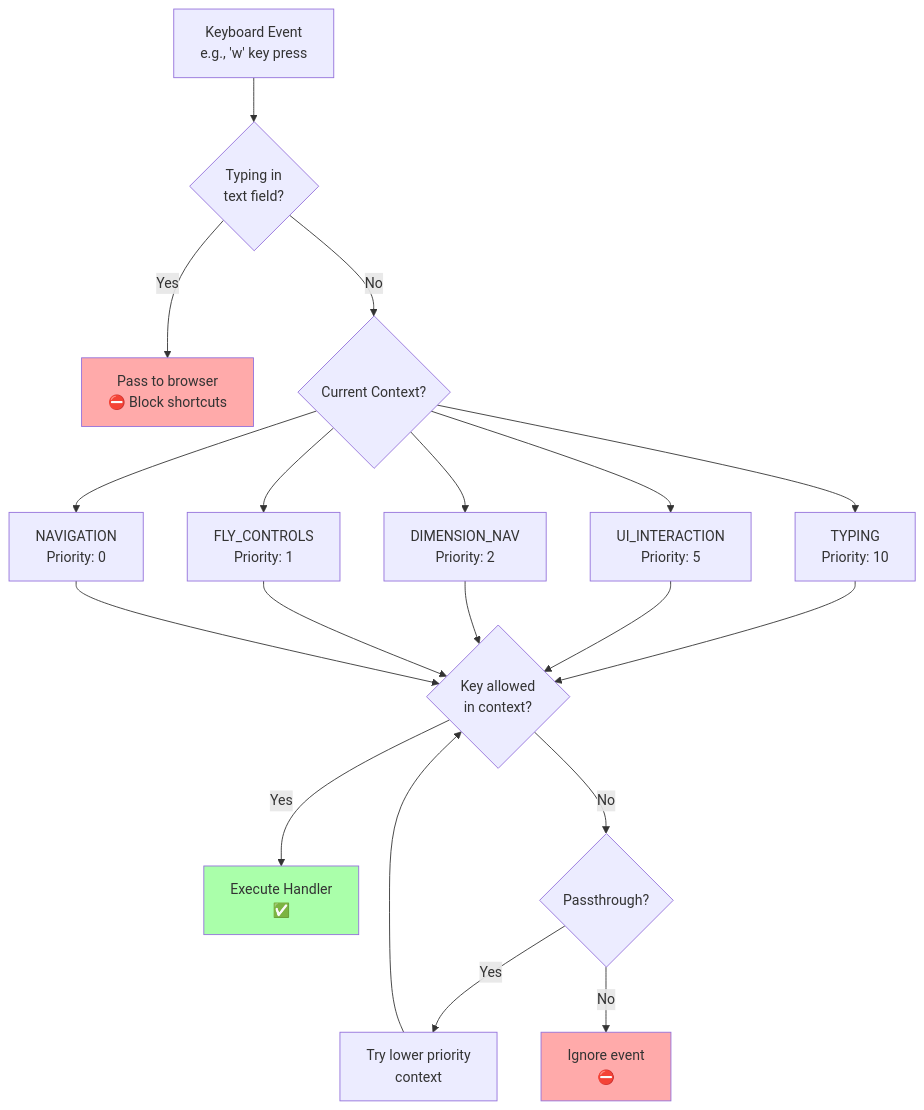
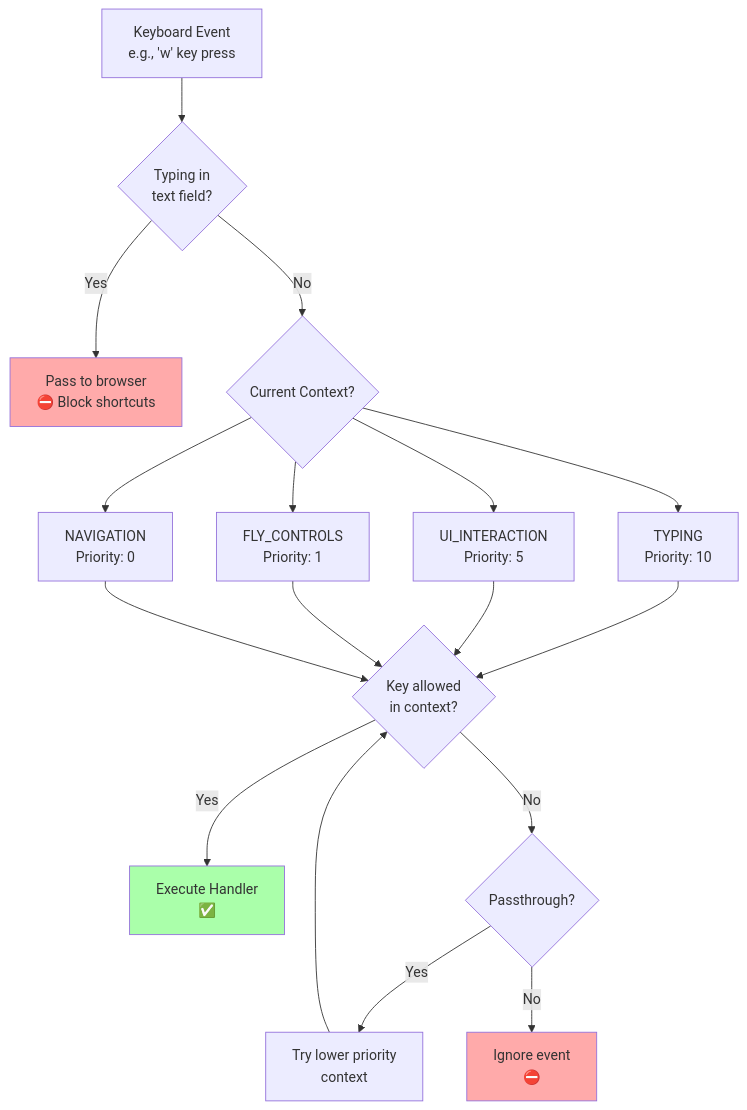
Before and after one commit to royerlab/luxar: the fifth of 12 diagrams in packages/luxar-viewer/ARCHITECTURE-DIAGRAMS.md, drawn with Mermaid. The commit also changed other lines of this file and 17 other files, not shown here.

````diff
--- a/packages/luxar-viewer/ARCHITECTURE-DIAGRAMS.md
+++ b/packages/luxar-viewer/ARCHITECTURE-DIAGRAMS.md
@@ -478,37 +479,36 @@
 ```mermaid
 graph TB
     A[Keyboard Event<br/>e.g., 'w' key press]
     B{Typing in<br/>text field?}
     C[Pass to browser<br/>⛔ Block shortcuts]
 
     D{Current Context?}
     E1[TYPING<br/>Priority: 10]
     E2[UI_INTERACTION<br/>Priority: 5]
-    E3[DIMENSION_NAV<br/>Priority: 2]
-    E4[FLY_CONTROLS<br/>Priority: 1]
-    E5[NAVIGATION<br/>Priority: 0]
+    E3[FLY_CONTROLS<br/>Priority: 1]
+    E4[NAVIGATION<br/>Priority: 0]
 
     F{Key allowed<br/>in context?}
     G[Execute Handler<br/>✅]
     H{Passthrough?}
     I[Try lower priority<br/>context]
     J[Ignore event<br/>⛔]
 
     A --> B
     B -->|Yes| C
     B -->|No| D
 
-    D --> E1 & E2 & E3 & E4 & E5
-    E1 & E2 & E3 & E4 & E5 --> F
+    D --> E1 & E2 & E3 & E4
+    E1 & E2 & E3 & E4 --> F
 
     F -->|Yes| G
     F -->|No| H
     H -->|Yes| I
     H -->|No| J
 
     I --> F
 
     style C fill:#ffaaaa
     style G fill:#aaffaa
     style J fill:#ffaaaa
 ```
````
